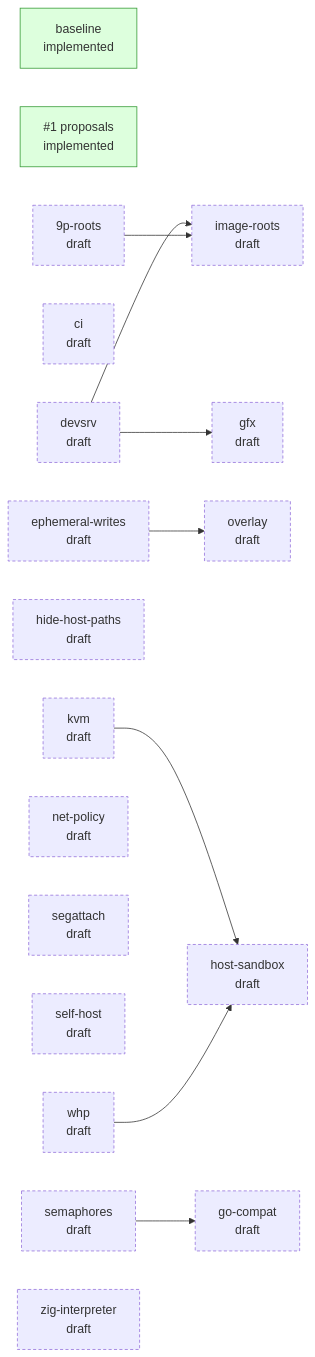
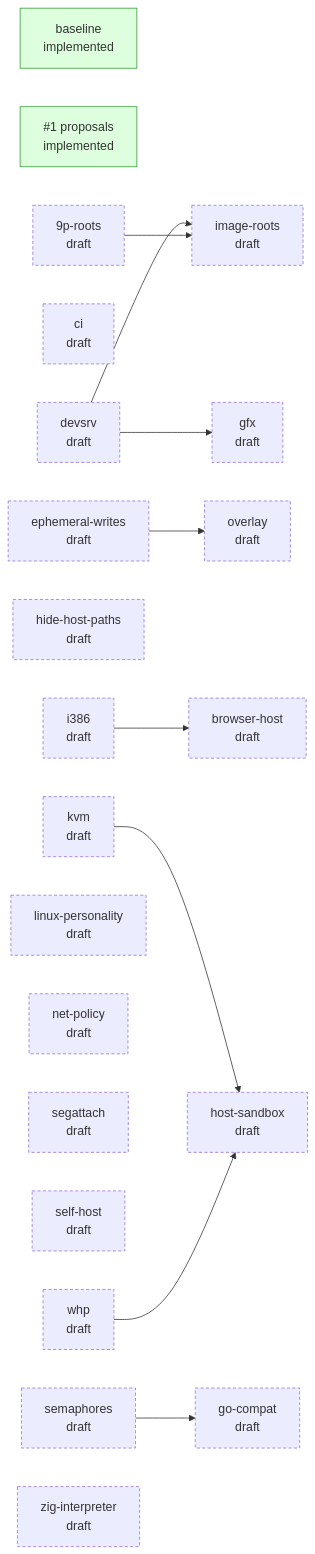
Before and after one commit to jpf/hyper9: the diagram in README.md, drawn with Mermaid. The commit also changed other lines of this file and 4 other files, not shown here.

First line of the commit message:
design: write out semaphores; draft i386, browser-host and linux-personality

````diff
--- a/README.md
+++ b/README.md
@@ -36,33 +39,37 @@
 ```mermaid
 flowchart LR
   classDef draft stroke-dasharray: 4 3
   classDef accepted stroke-width: 2px
   classDef implemented fill:#dfd,stroke:#393
   classDef closed fill:#eee,stroke:#999,color:#777
   p_baseline["baseline<br/>implemented"]:::implemented
   p_proposals["#35;1 proposals<br/>implemented"]:::implemented
   p_9p_roots["9p-roots<br/>draft"]:::draft
+  p_browser_host["browser-host<br/>draft"]:::draft
   p_ci["ci<br/>draft"]:::draft
   p_devsrv["devsrv<br/>draft"]:::draft
   p_ephemeral_writes["ephemeral-writes<br/>draft"]:::draft
   p_gfx["gfx<br/>draft"]:::draft
   p_go_compat["go-compat<br/>draft"]:::draft
   p_hide_host_paths["hide-host-paths<br/>draft"]:::draft
   p_host_sandbox["host-sandbox<br/>draft"]:::draft
+  p_i386["i386<br/>draft"]:::draft
   p_image_roots["image-roots<br/>draft"]:::draft
   p_kvm["kvm<br/>draft"]:::draft
+  p_linux_personality["linux-personality<br/>draft"]:::draft
   p_net_policy["net-policy<br/>draft"]:::draft
   p_overlay["overlay<br/>draft"]:::draft
   p_segattach["segattach<br/>draft"]:::draft
   p_self_host["self-host<br/>draft"]:::draft
   p_semaphores["semaphores<br/>draft"]:::draft
   p_whp["whp<br/>draft"]:::draft
   p_zig_interpreter["zig-interpreter<br/>draft"]:::draft
+  p_i386 --> p_browser_host
   p_devsrv --> p_gfx
   p_semaphores --> p_go_compat
   p_kvm --> p_host_sandbox
   p_whp --> p_host_sandbox
   p_devsrv --> p_image_roots
   p_9p_roots --> p_image_roots
   p_ephemeral_writes --> p_overlay
 ```
````
